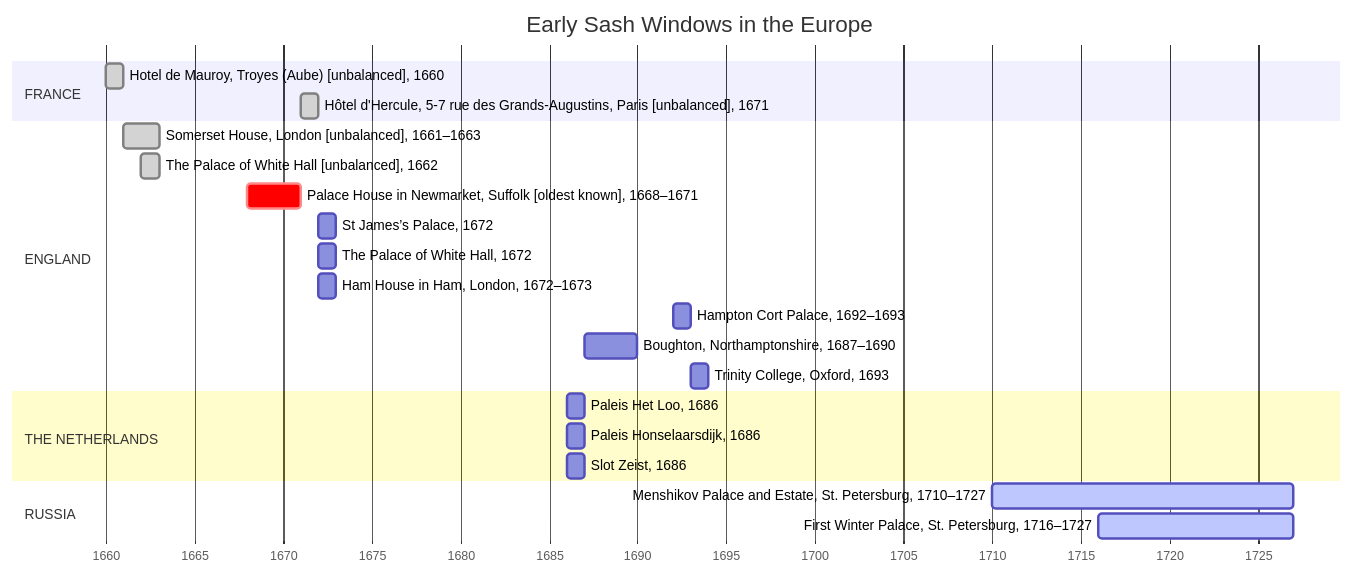
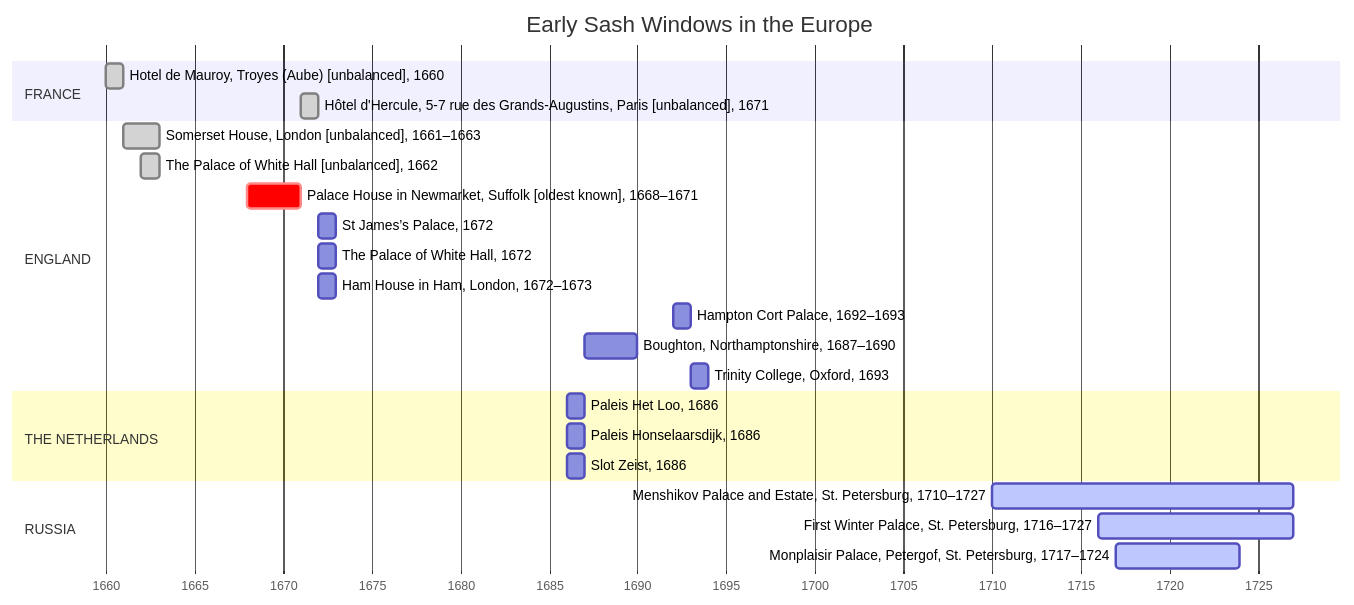
One commit to tropintropin/sash_windows changed the diagram in TIMELINE_EARLY_SASH_WINDOWS.md. Above: the diagram before and after it, drawn with Mermaid. The commit also changed other lines of this file, not shown here.

Commit message:
Add Monplaisir Palace in Petergof, Russia to the timeline
Changes to be committed:
	modified:   TIMELINE_EARLY_SASH_WINDOWS.md

````diff
--- a/TIMELINE_EARLY_SASH_WINDOWS.md
+++ b/TIMELINE_EARLY_SASH_WINDOWS.md
@@ -3,32 +3,33 @@
 ```mermaid
 gantt
 	title Early Sash Windows in the Europe
 	dateFormat YYYY
     axisFormat %Y
 
     section FRANCE
         Hotel de Mauroy, Troyes (Aube) [unbalanced], 1660                           : done, 1660, 1y
         Hôtel d'Hercule, 5-7 rue des Grands-Augustins, Paris [unbalanced], 1671     : done, 1671, 1y
 
 	section ENGLAND
         Somerset House, London [unbalanced], 1661–1663                              : done, 1661, 1663
 		The Palace of White Hall [unbalanced], 1662                                 : done, 1662, 1y
 		Palace House in Newmarket, Suffolk [oldest known], 1668–1671                : crit, 1668, 1671
         St James’s Palace, 1672                                                     : 1672, 1y
 		The Palace of White Hall, 1672                                              : 1672, 1y
         Ham House in Ham, London, 1672–1673                                         : 1672, 1673
 		Hampton Cort Palace, 1692–1693                                              : 1692, 1693
 		Boughton, Northamptonshire, 1687–1690                                       : 1687, 1690
 		Trinity College, Oxford, 1693                                               : 1693, 1y
 
     section THE NETHERLANDS
         Paleis Het Loo, 1686                                                        : 1686, 1y
         Paleis Honselaarsdijk, 1686                                                 : 1686, 1y
         Slot Zeist, 1686                                                            : 1686, 1y
 
     section RUSSIA
         Menshikov Palace and Estate, St. Petersburg, 1710–1727                      : active, 1710, 1727
         First Winter Palace, St. Petersburg, 1716–1727                              : active, 1716, 1727
+        Monplaisir Palace, Petergof, St. Petersburg, 1717–1724                      : active, 1717, 1724
 
 
 ```
````
